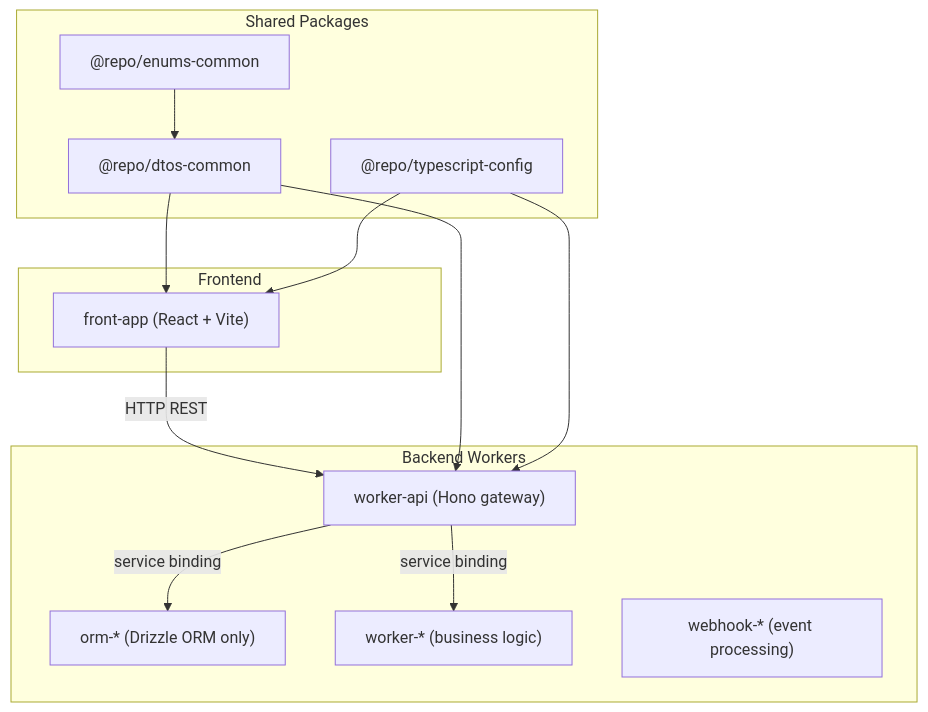
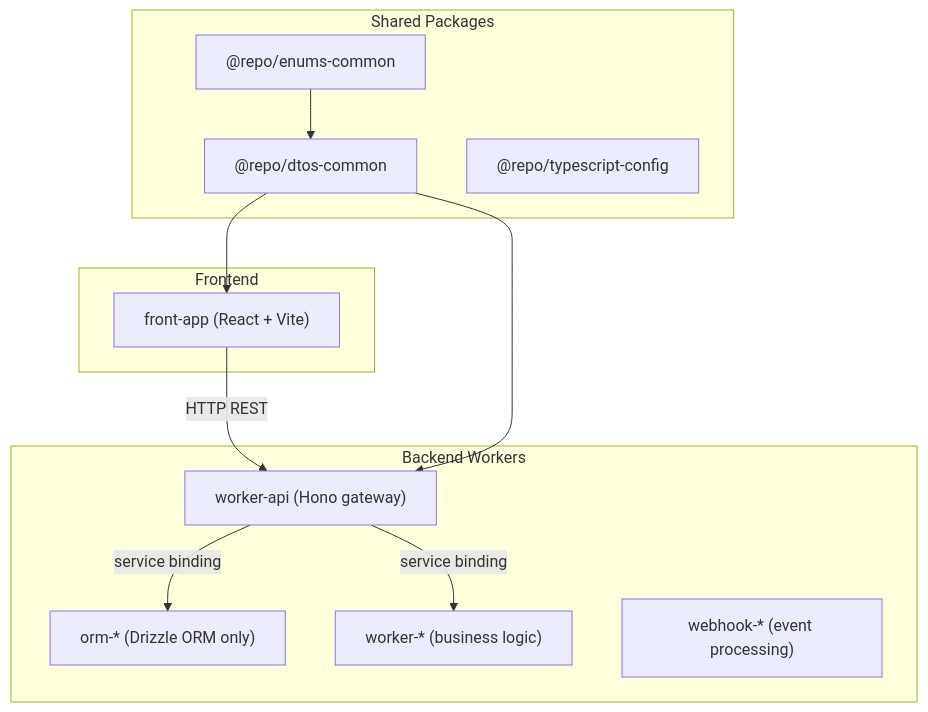
Before and after one commit to louisbrulenaudet/monorepo-template: the diagram in AGENTS.md, drawn with Mermaid. The commit also changed other lines of this file and 190 other files, not shown here.

````diff
--- a/AGENTS.md
+++ b/AGENTS.md
@@ -30,28 +22,23 @@
 ```mermaid
 flowchart TD
   subgraph frontend [Frontend]
     FrontApp["front-app (React + Vite)"]
   end
-
   subgraph backend [Backend Workers]
     WorkerApi["worker-api (Hono gateway)"]
     OrmWorker["orm-* (Drizzle ORM only)"]
     BizWorker["worker-* (business logic)"]
     WebhookWorker["webhook-* (event processing)"]
   end
-
   subgraph shared [Shared Packages]
     DTOs["@repo/dtos-common"]
     Enums["@repo/enums-common"]
     TSConfig["@repo/typescript-config"]
   end
-
   FrontApp -->|"HTTP REST"| WorkerApi
   WorkerApi -->|"service binding"| OrmWorker
   WorkerApi -->|"service binding"| BizWorker
   DTOs --> WorkerApi
   DTOs --> FrontApp
   Enums --> DTOs
-  TSConfig --> WorkerApi
-  TSConfig --> FrontApp
 ```
````
